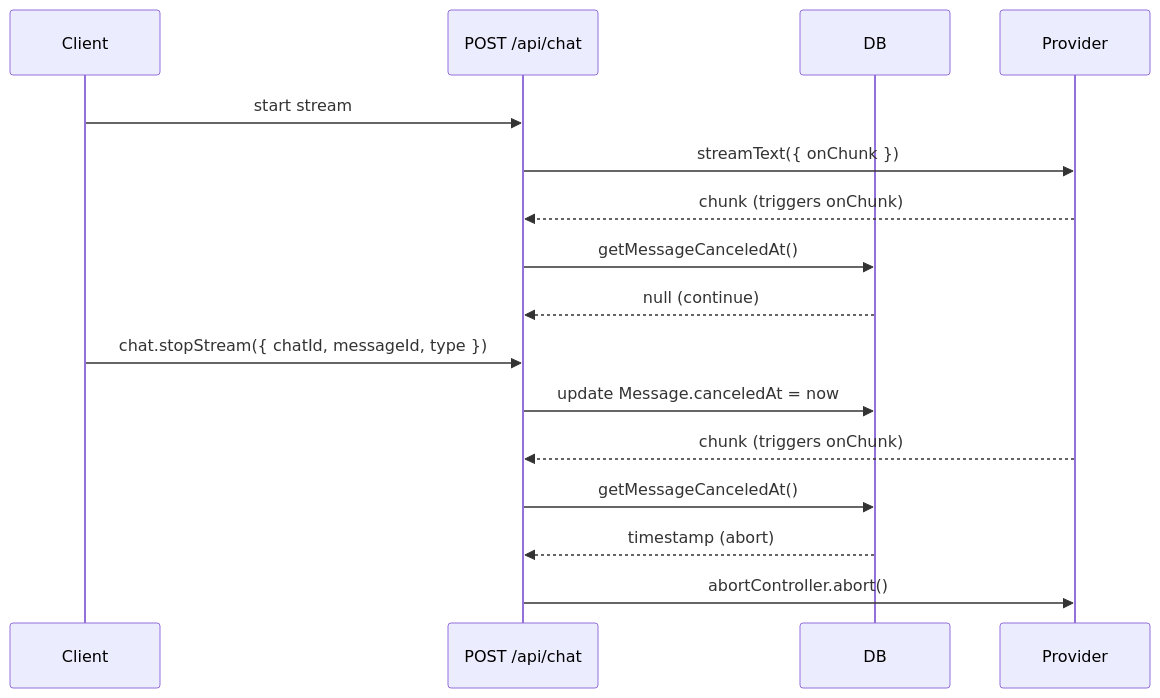
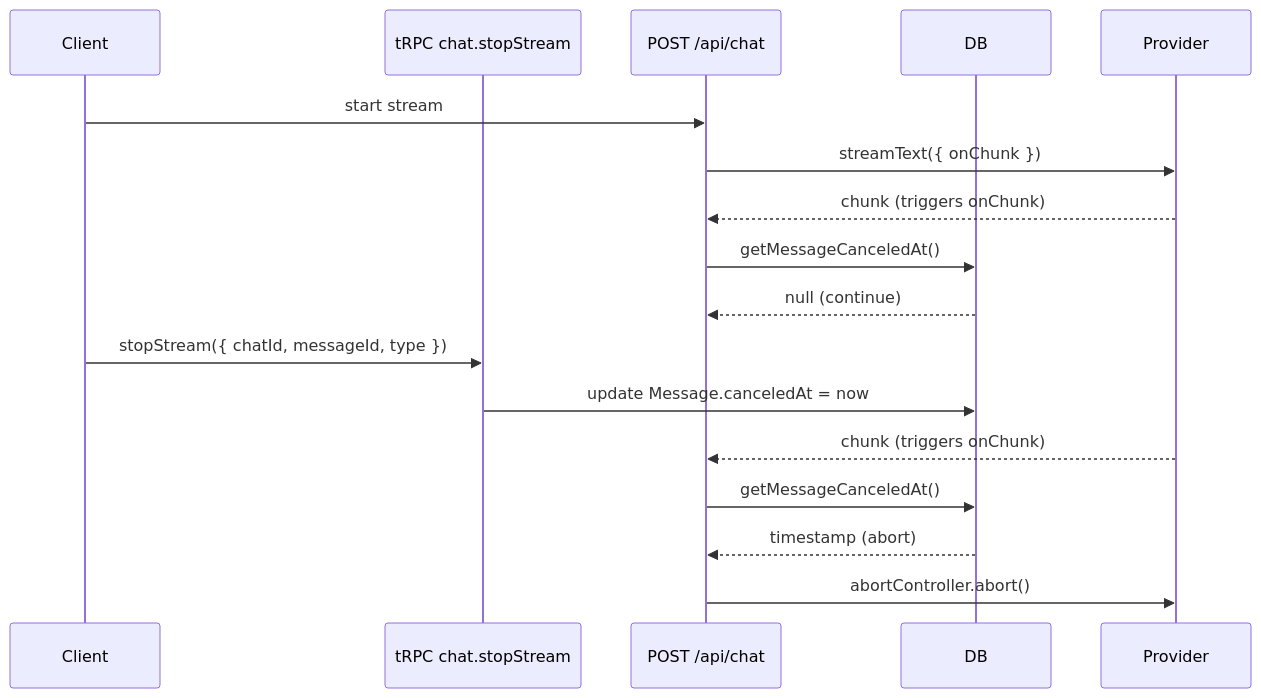
Before and after one commit to FranciscoMoretti/chat-js: the diagram in apps/docs/cookbook/stop-resumable-streams.mdx, drawn with Mermaid. The commit also changed other lines of this file and 3 other files, not shown here.

````diff
--- a/apps/docs/cookbook/stop-resumable-streams.mdx
+++ b/apps/docs/cookbook/stop-resumable-streams.mdx
@@ -130,19 +144,20 @@
 ```mermaid
 sequenceDiagram
     participant Client
+    participant TRPC as tRPC chat.stopStream
     participant API as POST /api/chat
     participant DB
     participant Provider
 
     Client->>API: start stream
     API->>Provider: streamText({ onChunk })
     Provider-->>API: chunk (triggers onChunk)
     API->>DB: getMessageCanceledAt()
     DB-->>API: null (continue)
-    Client->>API: chat.stopStream({ chatId, messageId, type })
-    API->>DB: update Message.canceledAt = now
+    Client->>TRPC: stopStream({ chatId, messageId, type })
+    TRPC->>DB: update Message.canceledAt = now
     Provider-->>API: chunk (triggers onChunk)
     API->>DB: getMessageCanceledAt()
     DB-->>API: timestamp (abort)
     API->>Provider: abortController.abort()
 ```
````
